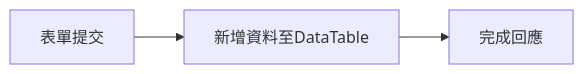
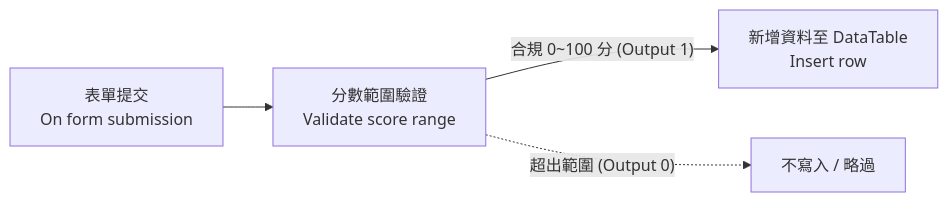
Before and after one commit to roberthsu2003/n8n: the diagram in 初階範例/表單節點/README.md, drawn with Mermaid. The commit also changed other lines of this file and 5 other files, not shown here.

````diff
--- a/初階範例/表單節點/README.md
+++ b/初階範例/表單節點/README.md
@@ -17,5 +17,6 @@
 ```mermaid
 graph LR
-    A[表單提交] --> B[新增資料至DataTable]
-    B --> C[完成回應]
+    A[表單提交<br/>On form submission] --> B[分數範圍驗證<br/>Validate score range]
+    B -- 合規 0~100 分 (Output 1) --> C[新增資料至 DataTable<br/>Insert row]
+    B -. 超出範圍 (Output 0) .-> D[不寫入 / 略過]
 ```
````
